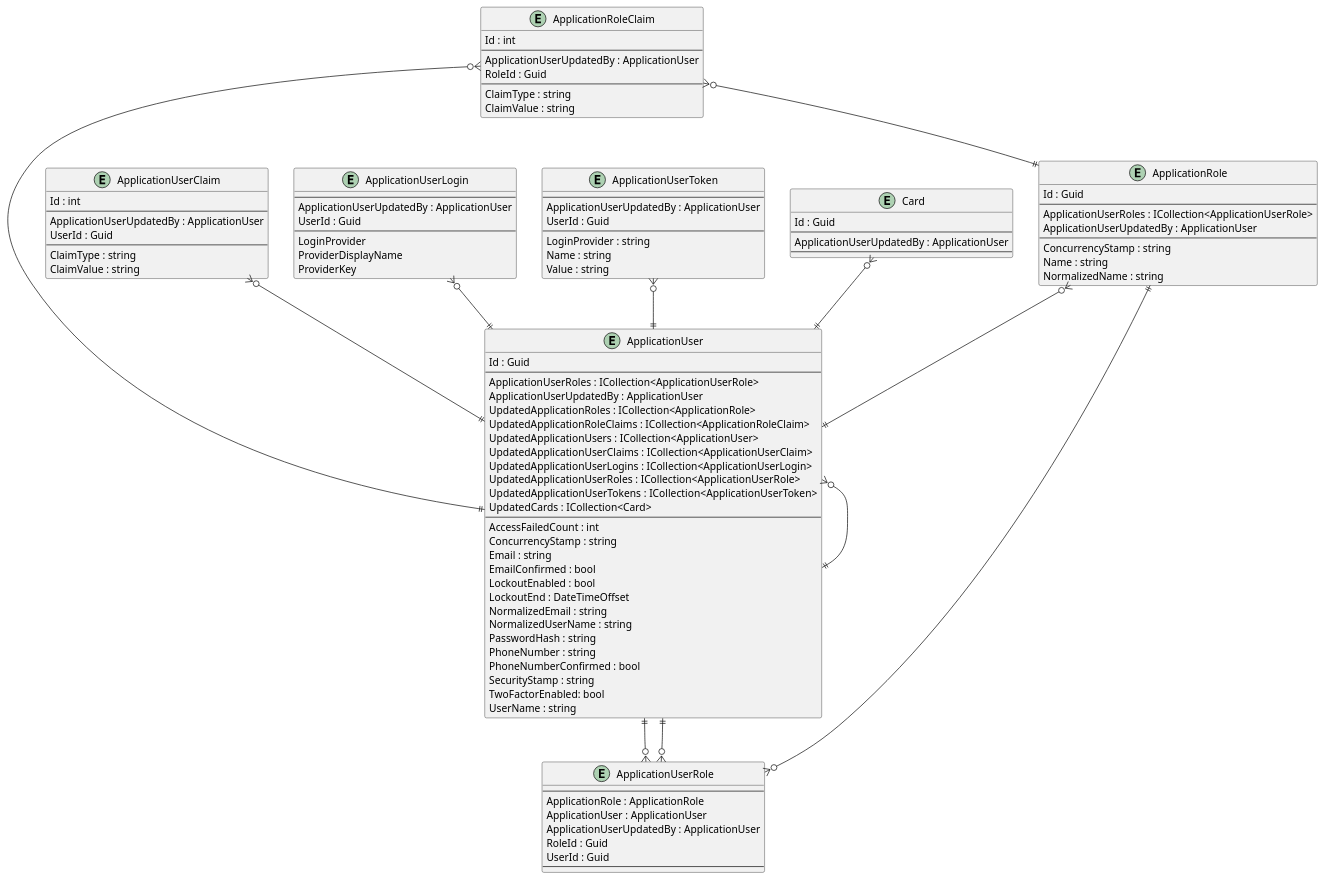
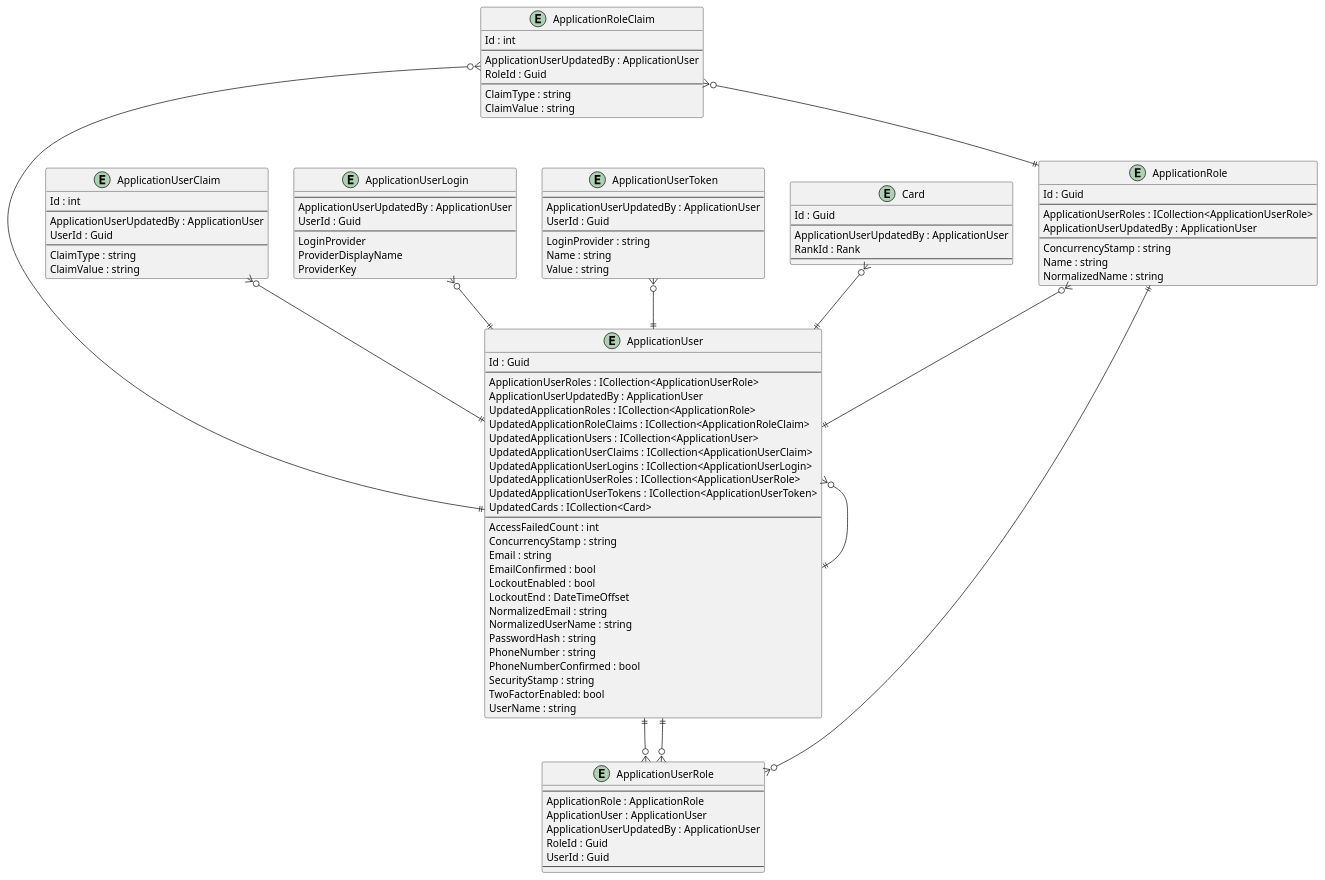
One commit to intrepion/intrepion_klondike-solitaire_csharp changed the diagram in .docs/Intrepion.KlondikeSolitaire.pu. Above: the diagram before and after it, drawn with PlantUML.

```diff
--- a/.docs/Intrepion.KlondikeSolitaire.pu
+++ b/.docs/Intrepion.KlondikeSolitaire.pu
@@ -1,120 +1,121 @@
 @startuml
 
 entity ApplicationRole {
     Id : Guid
     --
     ApplicationUserRoles : ICollection<ApplicationUserRole>
     ApplicationUserUpdatedBy : ApplicationUser
     --
     ConcurrencyStamp : string
     Name : string
     NormalizedName : string
 }
 
 entity ApplicationRoleClaim {
     Id : int
     --
     ApplicationUserUpdatedBy : ApplicationUser
     RoleId : Guid
     --
     ClaimType : string
     ClaimValue : string
 }
 
 entity ApplicationUser {
     Id : Guid
     --
     ApplicationUserRoles : ICollection<ApplicationUserRole>
     ApplicationUserUpdatedBy : ApplicationUser
     UpdatedApplicationRoles : ICollection<ApplicationRole>
     UpdatedApplicationRoleClaims : ICollection<ApplicationRoleClaim>
     UpdatedApplicationUsers : ICollection<ApplicationUser>
     UpdatedApplicationUserClaims : ICollection<ApplicationUserClaim>
     UpdatedApplicationUserLogins : ICollection<ApplicationUserLogin>
     UpdatedApplicationUserRoles : ICollection<ApplicationUserRole>
     UpdatedApplicationUserTokens : ICollection<ApplicationUserToken>
     UpdatedCards : ICollection<Card>
     ' ApplicationUserKeyCodePlaceholder
     --
     AccessFailedCount : int
     ConcurrencyStamp : string
     Email : string
     EmailConfirmed : bool
     LockoutEnabled : bool
     LockoutEnd : DateTimeOffset
     NormalizedEmail : string
     NormalizedUserName : string
     PasswordHash : string
     PhoneNumber : string
     PhoneNumberConfirmed : bool
     SecurityStamp : string
     TwoFactorEnabled: bool
     UserName : string
 }
 
 entity ApplicationUserClaim {
     Id : int
     --
     ApplicationUserUpdatedBy : ApplicationUser
     UserId : Guid
     --
     ClaimType : string
     ClaimValue : string
 }
 
 entity ApplicationUserLogin {
     --
     ApplicationUserUpdatedBy : ApplicationUser
     UserId : Guid
     --
     LoginProvider
     ProviderDisplayName
     ProviderKey
 }
 
 entity ApplicationUserRole {
     --
     ApplicationRole : ApplicationRole
     ApplicationUser : ApplicationUser
     ApplicationUserUpdatedBy : ApplicationUser
     RoleId : Guid
     UserId : Guid
     --
 }
 
 entity ApplicationUserToken {
     --
     ApplicationUserUpdatedBy : ApplicationUser
     UserId : Guid
     --
     LoginProvider : string
     Name : string
     Value : string
 }
 
 entity Card {
     Id : Guid
     --
     ApplicationUserUpdatedBy : ApplicationUser
+    RankId : Rank
     ' CardKeyCodePlaceholder
     --
     ' CardPropertyCodePlaceholder
 }
 
 ' EntityCodePlaceholder
 
 ApplicationRole ||--o{ ApplicationUserRole
 ApplicationRole }o--|| ApplicationUser
 ApplicationRoleClaim }o--|| ApplicationRole
 ApplicationRoleClaim }o--|| ApplicationUser
 ApplicationUser }o--|| ApplicationUser
 ApplicationUser ||--o{ ApplicationUserRole
 ApplicationUserClaim }o--|| ApplicationUser
 ApplicationUserLogin }o--|| ApplicationUser
 ApplicationUserRole }o--|| ApplicationUser
 ApplicationUserToken }o--|| ApplicationUser
 
 Card }o--|| ApplicationUser
 ' RelationshipCodePlaceholder
 
 @enduml
```
